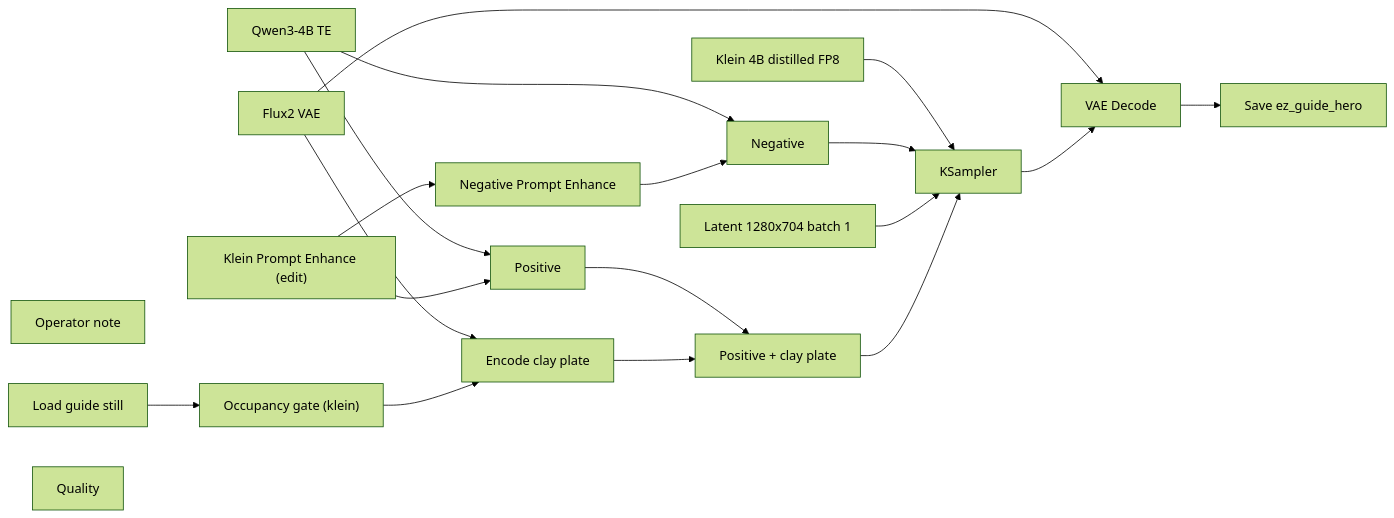
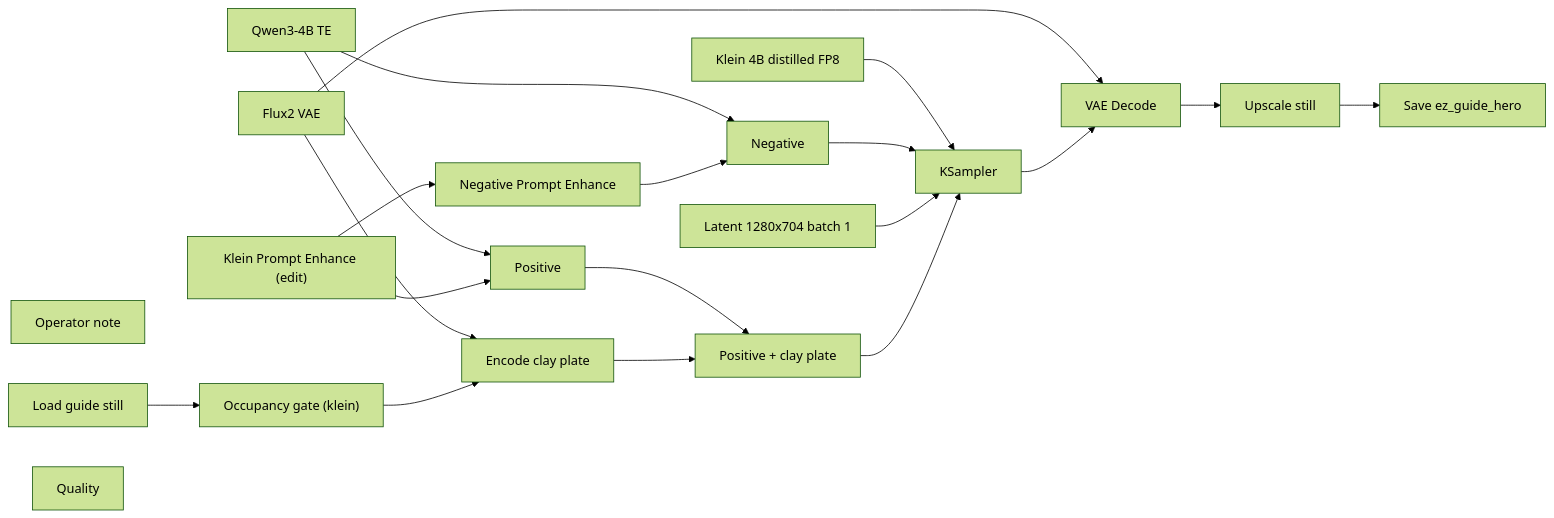
Before and after one commit to toxicoder/ez-comfy-stack: the diagram in docs/generated/workflows/dcc/guide-still.md, drawn with Mermaid (forest theme). The commit also changed other lines of this file and 405 other files, not shown here.

First line of the commit message:
feat: add still upscale, describe-in-enhance, and background-swap App

````diff
--- a/docs/generated/workflows/dcc/guide-still.md
+++ b/docs/generated/workflows/dcc/guide-still.md
@@ -55,37 +55,39 @@
 ```mermaid
 flowchart LR
   N1["Klein 4B distilled FP8"]
   N2["Qwen3-4B TE"]
   N3["Flux2 VAE"]
   N4["Positive"]
   N5["Negative"]
   N6["Latent 1280x704 batch 1"]
   N7["KSampler"]
   N8["VAE Decode"]
   N9["Save ez_guide_hero"]
   N10["Operator note"]
   N11["Load guide still"]
   N12["Klein Prompt Enhance (edit)"]
   N13["Encode clay plate"]
   N14["Positive + clay plate"]
   N15["Occupancy gate (klein)"]
   N16["Negative Prompt Enhance"]
   N17["Quality"]
+  N18["Upscale still"]
   N1 --> N7
   N2 --> N4
   N2 --> N5
   N3 --> N8
   N3 --> N13
   N4 --> N14
   N5 --> N7
   N6 --> N7
   N7 --> N8
-  N8 --> N9
+  N8 --> N18
   N11 --> N15
   N12 --> N4
   N12 --> N16
   N13 --> N14
   N14 --> N7
   N15 --> N13
   N16 --> N5
+  N18 --> N9
 ```
````
